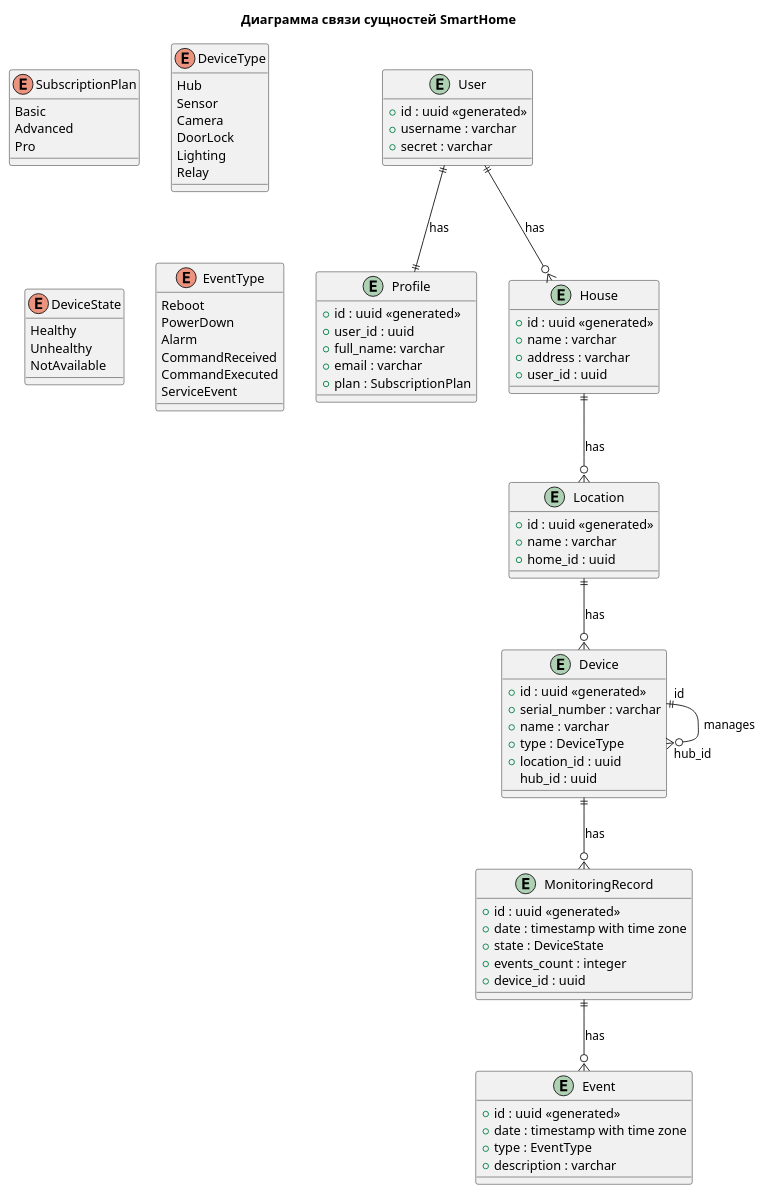
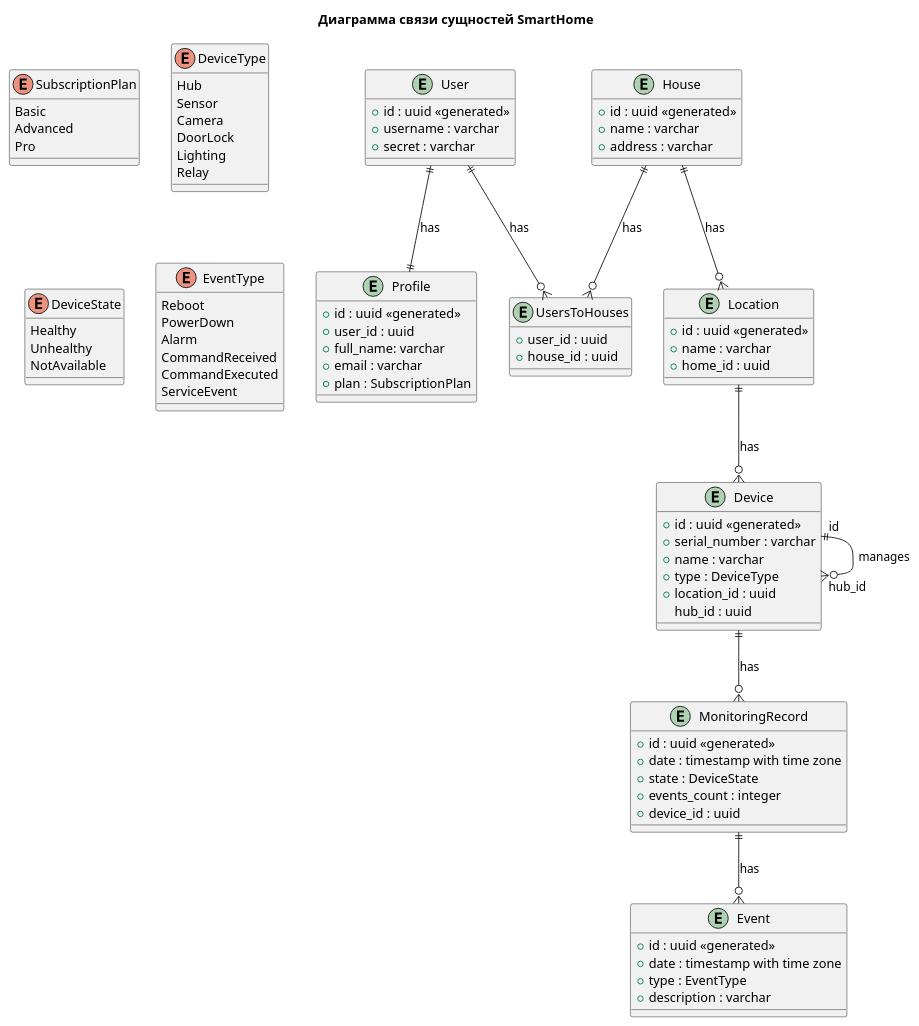
Before and after one commit to egorbos-practicum/architecture-warmhouse: the diagram in diagrams/er-diagram.puml, drawn with PlantUML. The commit also changed 1 other file, not shown here.

```diff
--- a/diagrams/er-diagram.puml
+++ b/diagrams/er-diagram.puml
@@ -1,94 +1,99 @@
 @startuml
 
 title Диаграмма связи сущностей SmartHome
 
 entity User {
     + id : uuid <<generated>>
     + username : varchar
     + secret : varchar
 }
 
 entity Profile {
     + id : uuid <<generated>>
     + user_id : uuid
     + full_name: varchar
     + email : varchar
     + plan : SubscriptionPlan
 }
 
+entity UsersToHouses {
+    + user_id : uuid
+    + house_id : uuid
+}
+
 entity House {
     + id : uuid <<generated>>
     + name : varchar
     + address : varchar
-    + user_id : uuid
 }
 
 entity Location {
     + id : uuid <<generated>>
     + name : varchar
     + home_id : uuid
 }
 
 entity Device {
     + id : uuid <<generated>>
     + serial_number : varchar
     + name : varchar
     + type : DeviceType
     + location_id : uuid
     hub_id : uuid
 }
 
 entity MonitoringRecord {
     + id : uuid <<generated>>
     + date : timestamp with time zone
     + state : DeviceState
     + events_count : integer
     + device_id : uuid
 }
 
 entity Event {
     + id : uuid <<generated>>
     + date : timestamp with time zone
     + type : EventType
     + description : varchar
 }
 
 enum SubscriptionPlan {
     Basic
     Advanced
     Pro
 }
 
 enum DeviceType {
     Hub
     Sensor
     Camera
     DoorLock
     Lighting
     Relay
 }
 
 enum DeviceState {
     Healthy
     Unhealthy
     NotAvailable
 }
 
 enum EventType {
     Reboot
     PowerDown
     Alarm
     CommandReceived
     CommandExecuted
     ServiceEvent
 }
 
 User ||--|| Profile : "has"
-User ||--o{ House : "has"
+User ||--o{ UsersToHouses : "has"
+House ||--o{ UsersToHouses : "has"
 House ||--o{ Location : "has"
 Location ||--o{ Device : "has"
 Device "id" ||--o{ "hub_id" Device : "manages"
 Device ||--o{ MonitoringRecord : "has"
 MonitoringRecord ||--o{ Event : "has"
 
 @enduml
```
